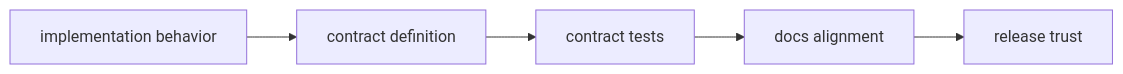
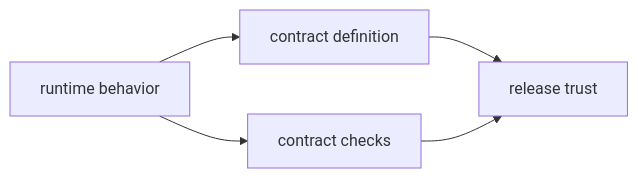
One commit to bijux/bijux-cli changed the diagram in docs/bijux-dev/governance/contract-governance.md. Above: the diagram before and after it, drawn with Mermaid. The commit also changed other lines of this file, not shown here.

Commit message:
docs(dev-governance): clarify the contract governance page

````diff
--- a/docs/bijux-dev/governance/contract-governance.md
+++ b/docs/bijux-dev/governance/contract-governance.md
@@ -17,7 +19,7 @@
 ```mermaid
 flowchart LR
-    behavior[implementation behavior] --> contract[contract definition]
-    contract --> tests[contract tests]
-    tests --> docs[docs alignment]
-    docs --> release[release trust]
+    behavior["runtime behavior"] --> contract["contract definition"]
+    behavior --> tests["contract checks"]
+    contract --> release["release trust"]
+    tests --> release
 ```
````
